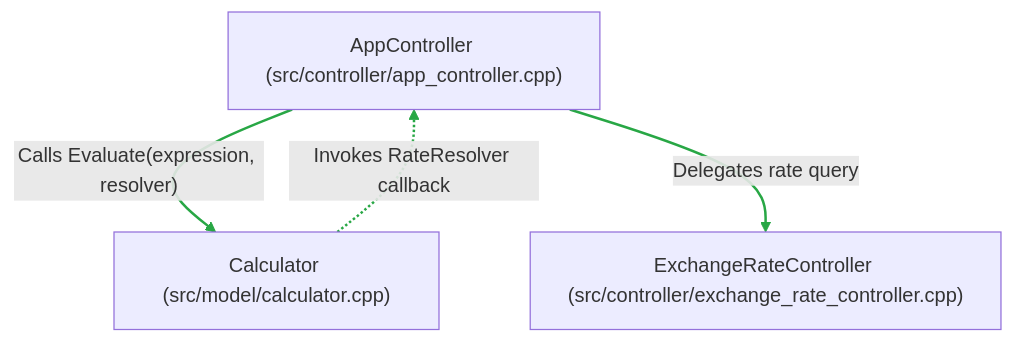
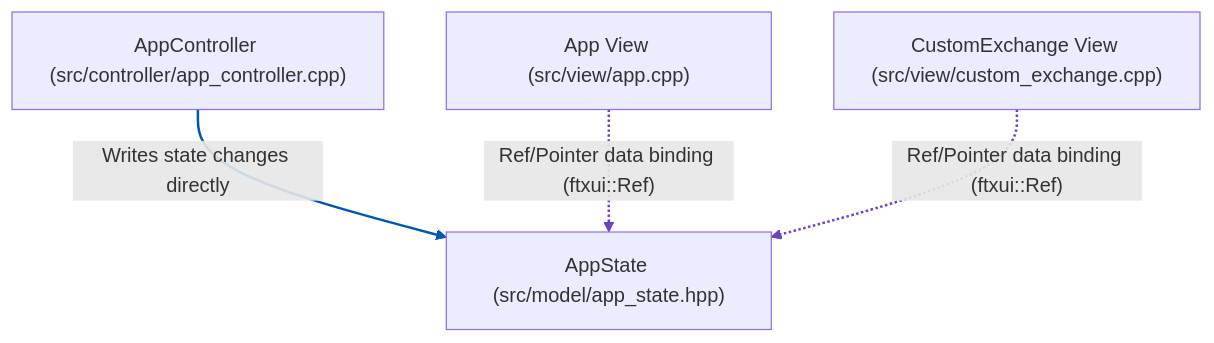
The fifth of 6 diagrams in docs/separation-of-concerns.md (MallocNexus/calc_cli), drawn with Mermaid before and after one commit. The commit also changed other lines of this file and 16 other files, not shown here.

````diff
--- a/docs/separation-of-concerns.md
+++ b/docs/separation-of-concerns.md
@@ -194,13 +210,17 @@
 ```mermaid
 graph TD
     AppCtrl["AppController (src/controller/app_controller.cpp)"]
-    Calc["Calculator (src/model/calculator.cpp)"]
-    ExchCtrl["ExchangeRateController (src/controller/exchange_rate_controller.cpp)"]
+    AppState["AppState (src/model/app_state.hpp)"]
+    App["App View (src/view/app.cpp)"]
+    CustomExchange["CustomExchange View (src/view/custom_exchange.cpp)"]
 
-    AppCtrl -->|"Calls Evaluate(expression, resolver)"| Calc
-    Calc -.->|"Invokes RateResolver callback"| AppCtrl
-    AppCtrl -->|"Delegates rate query"| ExchCtrl
+    AppCtrl -->|"Writes state changes directly"| AppState
+    App -.->|"Ref/Pointer data binding (ftxui::Ref)"| AppState
+    CustomExchange -.->|"Ref/Pointer data binding (ftxui::Ref)"| AppState
 
-    %% Style Event/Delegation & Callbacks Green
-    linkStyle 0,1,2 stroke:#28a745,stroke-width:2px;
+    %% Style State Write Darker Blue
+    linkStyle 0 stroke:#0056b3,stroke-width:2px;
+
+    %% Style Data Binding Purple
+    linkStyle 1,2 stroke:#6f42c1,stroke-width:2px;
 ```
````
